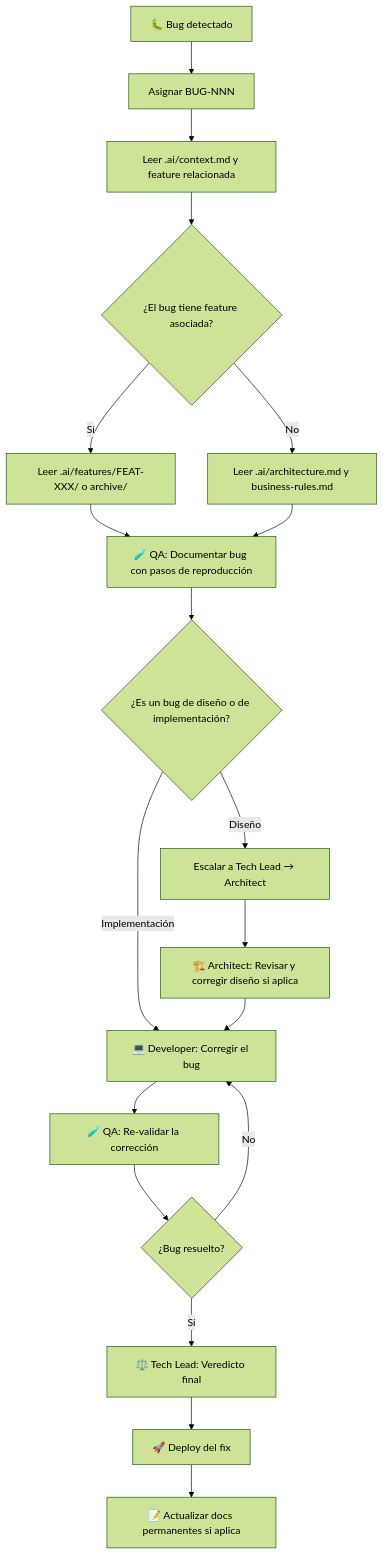
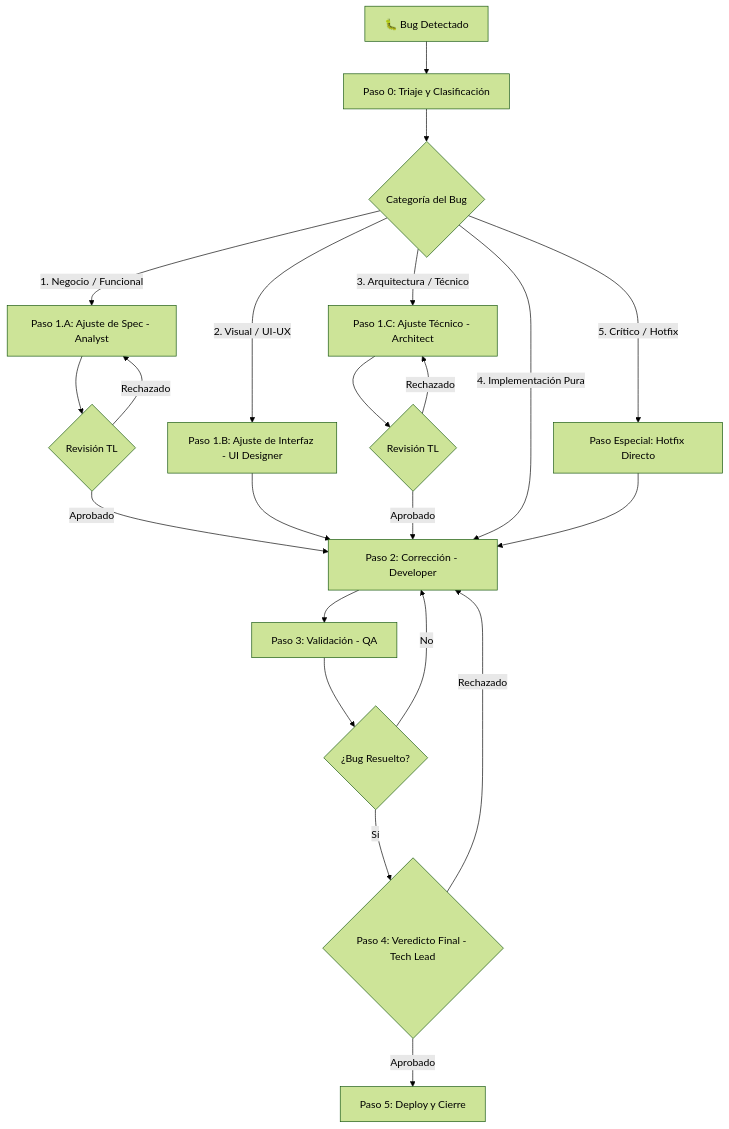
The diagram in workflows/bug-fix.md (ezequielmendoza-dev/ai-agents), drawn with Mermaid (forest theme) before and after one commit. The commit also changed other lines of this file and 10 other files, not shown here.

Commit message:
feat: integrate UI Designer agent and dynamic bug-fix workflow (v1.5.0)

````diff
--- a/workflows/bug-fix.md
+++ b/workflows/bug-fix.md
@@ -18,21 +17,32 @@
 ```mermaid
 flowchart TD
-    A[🐛 Bug detectado] --> B[Asignar BUG-NNN]
-    B --> C[Leer .ai/context.md y feature relacionada]
-    C --> D{¿El bug tiene feature asociada?}
-    D -->|Sí| E[Leer .ai/features/FEAT-XXX/ o archive/]
-    D -->|No| F[Leer .ai/architecture.md y business-rules.md]
-    E --> G[🧪 QA: Documentar bug con pasos de reproducción]
-    F --> G
-    G --> H{¿Es un bug de diseño o de implementación?}
-    H -->|Diseño| I[Escalar a Tech Lead → Architect]
-    H -->|Implementación| J[💻 Developer: Corregir el bug]
-    I --> K[🏗️ Architect: Revisar y corregir diseño si aplica]
-    K --> J
-    J --> L[🧪 QA: Re-validar la corrección]
-    L --> M{¿Bug resuelto?}
-    M -->|No| J
-    M -->|Sí| N[⚖️ Tech Lead: Veredicto final]
-    N --> O[🚀 Deploy del fix]
-    O --> P[📝 Actualizar docs permanentes si aplica]
+    Start[🐛 Bug Detectado] --> Triaje[Paso 0: Triaje y Clasificación]
+    
+    Triaje --> Categorias{Categoría del Bug}
+    
+    Categorias -->|1. Negocio / Funcional| Spec[Paso 1.A: Ajuste de Spec - Analyst]
+    Spec --> TL_Spec{Revisión TL}
+    TL_Spec -->|Rechazado| Spec
+    TL_Spec -->|Aprobado| Dev
+    
+    Categorias -->|2. Visual / UI-UX| UI[Paso 1.B: Ajuste de Interfaz - UI Designer]
+    UI --> Dev
+    
+    Categorias -->|3. Arquitectura / Técnico| Tech[Paso 1.C: Ajuste Técnico - Architect]
+    Tech --> TL_Arch{Revisión TL}
+    TL_Arch -->|Rechazado| Tech
+    TL_Arch -->|Aprobado| Dev
+    
+    Categorias -->|4. Implementación Pura| Dev[Paso 2: Corrección - Developer]
+    
+    Categorias -->|5. Crítico / Hotfix| Hot[Paso Especial: Hotfix Directo]
+    Hot --> Dev
+    
+    Dev --> QA[Paso 3: Validación - QA]
+    QA --> QA_Status{¿Bug Resuelto?}
+    QA_Status -->|No| Dev
+    QA_Status -->|Sí| TL_Final{Paso 4: Veredicto Final - Tech Lead}
+    
+    TL_Final -->|Aprobado| Deploy[Paso 5: Deploy y Cierre]
+    TL_Final -->|Rechazado| Dev
 ```
````
